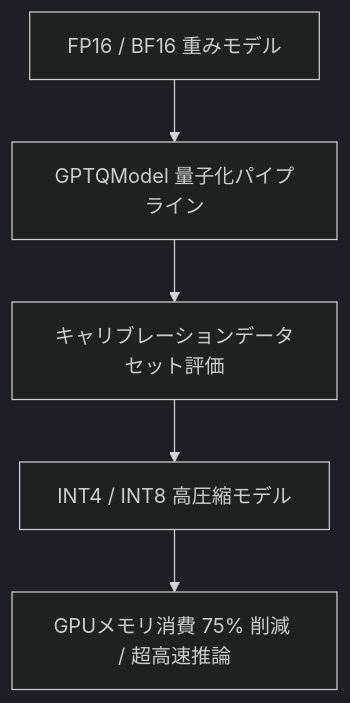
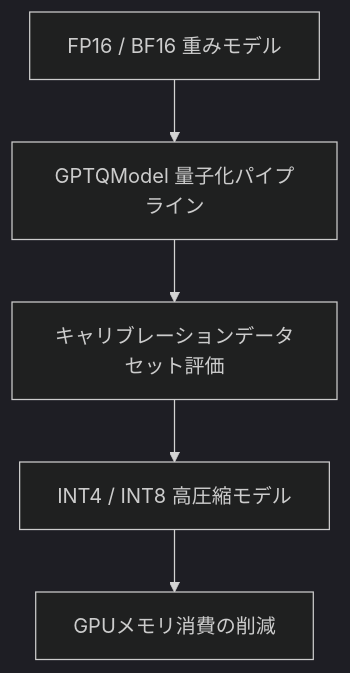
The diagram in src/pages/radar/gptqmodel.md (ssk0224/auto-tech-radar), drawn with Mermaid (dark theme) before and after one commit. The commit also changed other lines of this file and 298 other files, not shown here.

````diff
--- a/src/pages/radar/gptqmodel.md
+++ b/src/pages/radar/gptqmodel.md
@@ -21,7 +25,7 @@
 ```mermaid
 flowchart TD
     FullModel["FP16 / BF16 重みモデル"] --> GPTQ["GPTQModel 量子化パイプライン"]
     GPTQ --> Calibration["キャリブレーションデータセット評価"]
     Calibration --> INT4["INT4 / INT8 高圧縮モデル"]
-    INT4 --> VRAM["GPUメモリ消費 75% 削減 / 超高速推論"]
+    INT4 --> VRAM["GPUメモリ消費の削減"]
 ```
````
